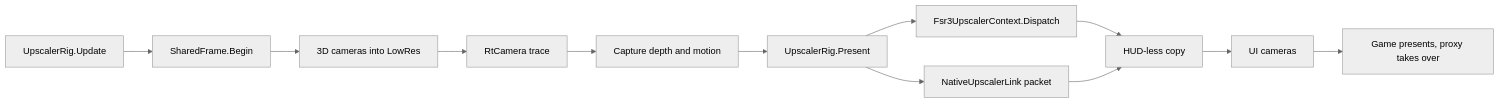
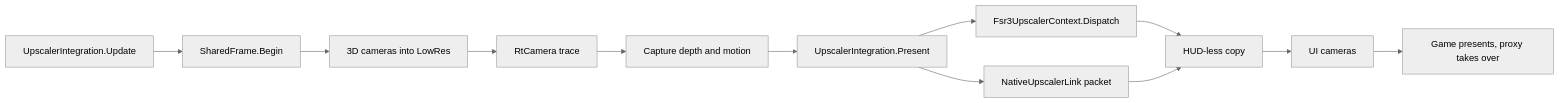
One commit to CaptainKeyboard/ReDefinition changed the diagram in docs/development/flow-frame.md. Above: the diagram before and after it, drawn with Mermaid (neutral theme). The commit also changed other lines of this file and 192 other files, not shown here.

````diff
--- a/docs/development/flow-frame.md
+++ b/docs/development/flow-frame.md
@@ -69,14 +69,14 @@
 ```mermaid
 flowchart LR
-    U[UpscalerRig.Update] --> B[SharedFrame.Begin]
+    U[UpscalerIntegration.Update] --> B[SharedFrame.Begin]
     B --> S[3D cameras into LowRes]
     S --> R[RtCamera trace]
     R --> C[Capture depth and motion]
-    C --> P[UpscalerRig.Present]
+    C --> P[UpscalerIntegration.Present]
     P --> F[Fsr3UpscalerContext.Dispatch]
     P --> N[NativeUpscalerLink packet]
     F --> H[HUD-less copy]
     N --> H
     H --> I[UI cameras]
     I --> G[Game presents, proxy takes over]
 ```
````
